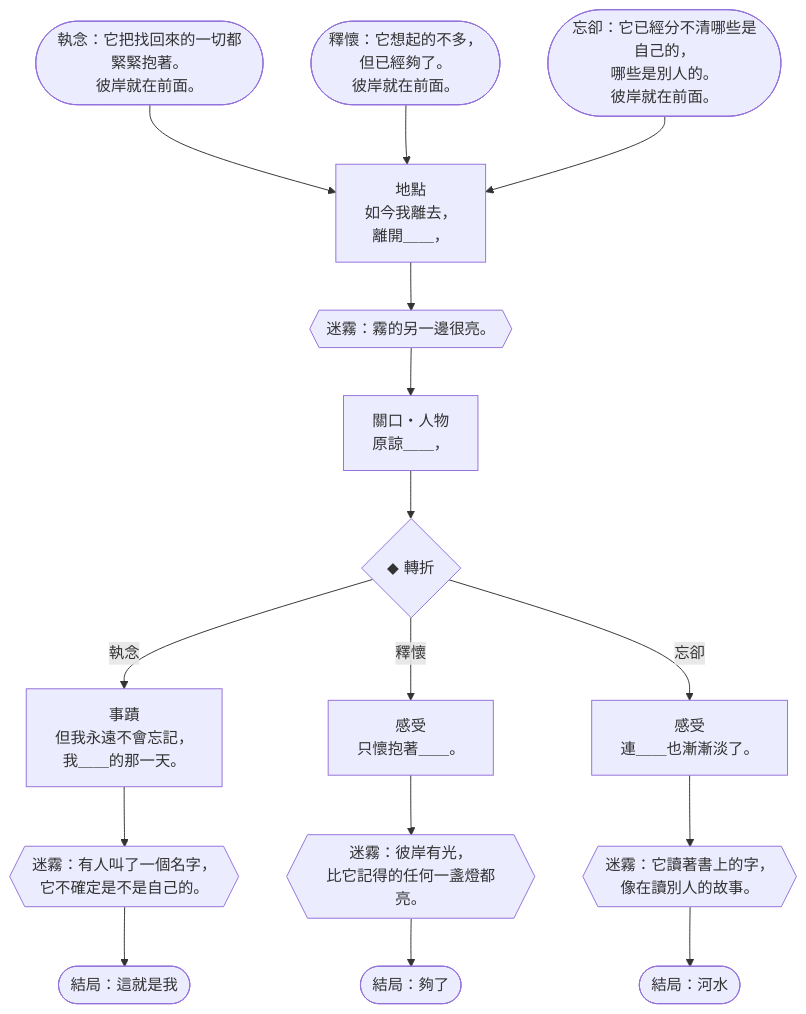
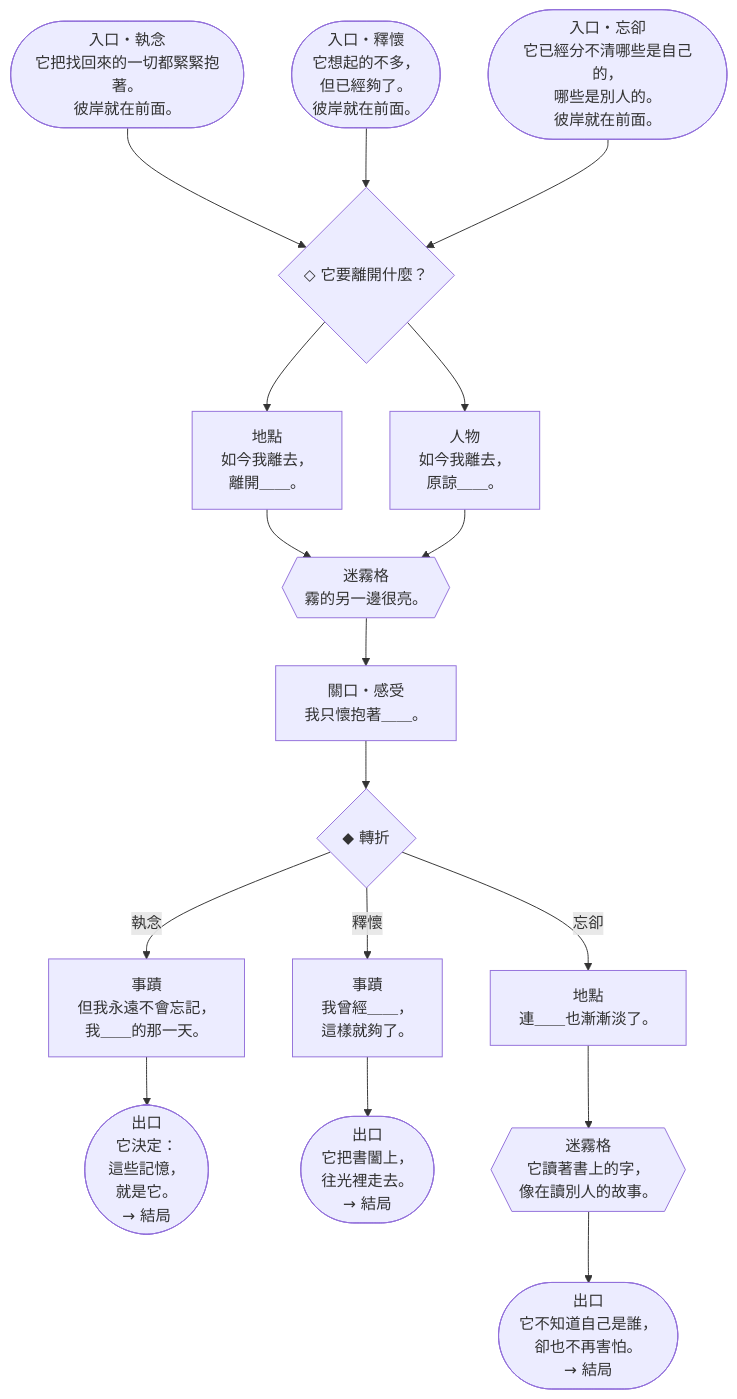
Diagram 15 of 15 in docs/design/V5-storybooks.zh-TW.md (Ralph-Liu-Hub/Boardgame-Netherbloom), drawn with Mermaid before and after one commit. The commit also changed other lines of this file, not shown here.

````diff
--- a/docs/design/V5-storybooks.zh-TW.md
+++ b/docs/design/V5-storybooks.zh-TW.md
@@ -875,11 +1197,32 @@
 ```mermaid
 flowchart TD
-  c2E0(["執念：它把找回來的一切都緊緊抱著。<br>彼岸就在前面。"]) --> c2A
-  c2E1(["釋懷：它想起的不多，<br>但已經夠了。<br>彼岸就在前面。"]) --> c2A
-  c2E2(["忘卻：它已經分不清哪些是自己的，<br>哪些是別人的。<br>彼岸就在前面。"]) --> c2A
-  c2A["地點<br>如今我離去，<br>離開＿＿，"] --> c2M{{"迷霧：霧的另一邊很亮。"}}
-  c2M --> c2B["關口・人物<br>原諒＿＿，"] --> c2T{"◆ 轉折"}
-  c2T -- 執念 --> c2C0["事蹟<br>但我永遠不會忘記，<br>我＿＿的那一天。"] --> c2X0{{"迷霧：有人叫了一個名字，<br>它不確定是不是自己的。"}} --> c2O0(["結局：這就是我"])
-  c2T -- 釋懷 --> c2C1["感受<br>只懷抱著＿＿。"] --> c2X1{{"迷霧：彼岸有光，<br>比它記得的任何一盞燈都亮。"}} --> c2O1(["結局：夠了"])
-  c2T -- 忘卻 --> c2C2["感受<br>連＿＿也漸漸淡了。"] --> c2X2{{"迷霧：它讀著書上的字，<br>像在讀別人的故事。"}} --> c2O2(["結局：河水"])
+  c2E0(["入口・執念<br>它把找回來的一切都緊緊抱著。<br>彼岸就在前面。"]) --> c2p1
+  c2E1(["入口・釋懷<br>它想起的不多，<br>但已經夠了。<br>彼岸就在前面。"]) --> c2p1
+  c2E2(["入口・忘卻<br>它已經分不清哪些是自己的，<br>哪些是別人的。<br>彼岸就在前面。"]) --> c2p1
+  c2p1{"◇ 它要離開什麼？"}
+  c2p1 --> c2a1
+  c2p1 --> c2a2
+  c2a1["地點<br>如今我離去，<br>離開＿＿。"]
+  c2a1 --> c2x1
+  c2a2["人物<br>如今我離去，<br>原諒＿＿。"]
+  c2a2 --> c2x1
+  c2x1{{"迷霧格<br>霧的另一邊很亮。"}}
+  c2x1 --> c2b
+  c2b["關口・感受<br>我只懷抱著＿＿。"]
+  c2b --> c2f
+  c2f{"◆ 轉折"}
+  c2f -- 執念 --> c2c1
+  c2f -- 釋懷 --> c2c2
+  c2f -- 忘卻 --> c2c3
+  c2c1["事蹟<br>但我永遠不會忘記，<br>我＿＿的那一天。"]
+  c2c1 --> c2o1
+  c2c2["事蹟<br>我曾經＿＿，<br>這樣就夠了。"]
+  c2c2 --> c2o2
+  c2c3["地點<br>連＿＿也漸漸淡了。"]
+  c2c3 --> c2x2
+  c2x2{{"迷霧格<br>它讀著書上的字，<br>像在讀別人的故事。"}}
+  c2x2 --> c2o3
+  c2o1(["出口<br>它決定：<br>這些記憶，<br>就是它。<br>→ 結局"])
+  c2o2(["出口<br>它把書闔上，<br>往光裡走去。<br>→ 結局"])
+  c2o3(["出口<br>它不知道自己是誰，<br>卻也不再害怕。<br>→ 結局"])
 ```
````
